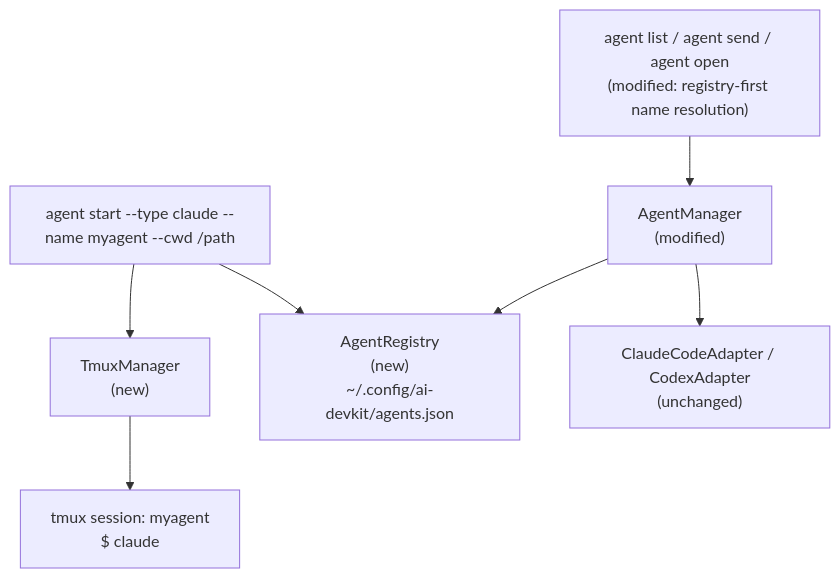
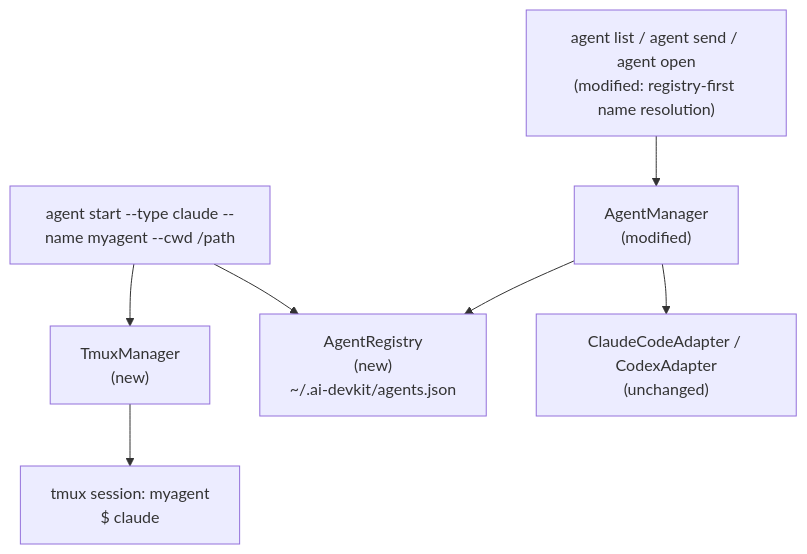
One commit to codeaholicguy/ai-devkit changed the diagram in docs/ai/design/2026-05-26-feature-agent-start.md. Above: the diagram before and after it, drawn with Mermaid. The commit also changed other lines of this file and 2 other files, not shown here.

````diff
--- a/docs/ai/design/2026-05-26-feature-agent-start.md
+++ b/docs/ai/design/2026-05-26-feature-agent-start.md
@@ -11,17 +11,17 @@
 ```mermaid
 graph TD
     CLI["agent start --type claude --name myagent --cwd /path"]
     TmuxMgr["TmuxManager\n(new)"]
-    Registry["AgentRegistry\n(new)\n~/.config/ai-devkit/agents.json"]
+    Registry["AgentRegistry\n(new)\n~/.ai-devkit/agents.json"]
     Tmux["tmux session: myagent\n$ claude"]
     AgentMgr["AgentManager\n(modified)"]
     Adapters["ClaudeCodeAdapter / CodexAdapter\n(unchanged)"]
     ListCmd["agent list / agent send / agent open\n(modified: registry-first name resolution)"]
 
     CLI --> TmuxMgr
     CLI --> Registry
     TmuxMgr --> Tmux
     ListCmd --> AgentMgr
     AgentMgr --> Adapters
     AgentMgr --> Registry
 ```
````
